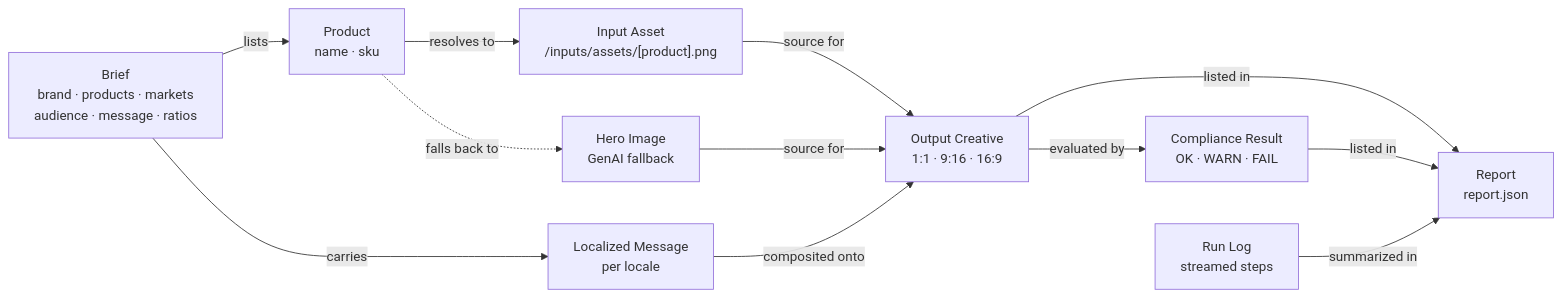
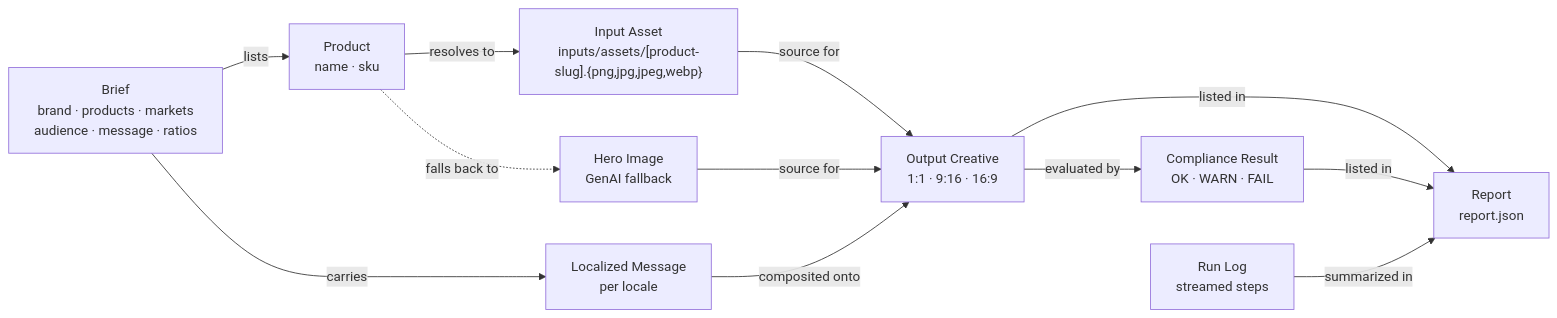
The first of 5 diagrams in docs/system-map.md (arndvs/cast), drawn with Mermaid before and after one commit. The commit also changed other lines of this file and 4 other files, not shown here.

````diff
--- a/docs/system-map.md
+++ b/docs/system-map.md
@@ -13,24 +13,24 @@
 ```mermaid
 graph LR
     Brief["Brief<br/>brand · products · markets<br/>audience · message · ratios"]
     Product["Product<br/>name · sku"]
-    InputAsset["Input Asset<br/>/inputs/assets/[product].png"]
+    InputAsset["Input Asset<br/>inputs/assets/[product-slug].{png,jpg,jpeg,webp}"]
     HeroImage["Hero Image<br/>GenAI fallback"]
     Creative["Output Creative<br/>1:1 · 9:16 · 16:9"]
     Message["Localized Message<br/>per locale"]
     Compliance["Compliance Result<br/>OK · WARN · FAIL"]
     RunLog["Run Log<br/>streamed steps"]
     Report["Report<br/>report.json"]
 
     Brief -->|lists| Product
     Brief -->|carries| Message
     Product -->|resolves to| InputAsset
     Product -.->|falls back to| HeroImage
     InputAsset -->|source for| Creative
     HeroImage -->|source for| Creative
     Message -->|composited onto| Creative
     Creative -->|evaluated by| Compliance
     Creative -->|listed in| Report
     Compliance -->|listed in| Report
     RunLog -->|summarized in| Report
 ```
````
